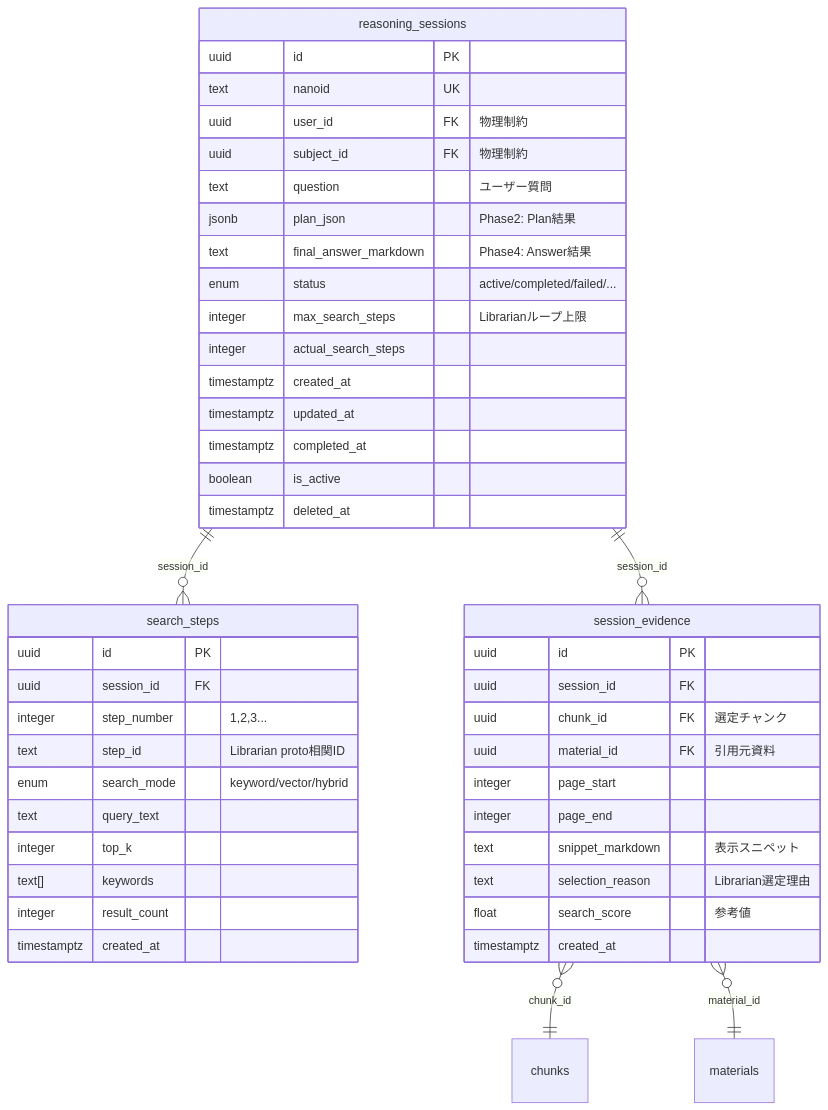
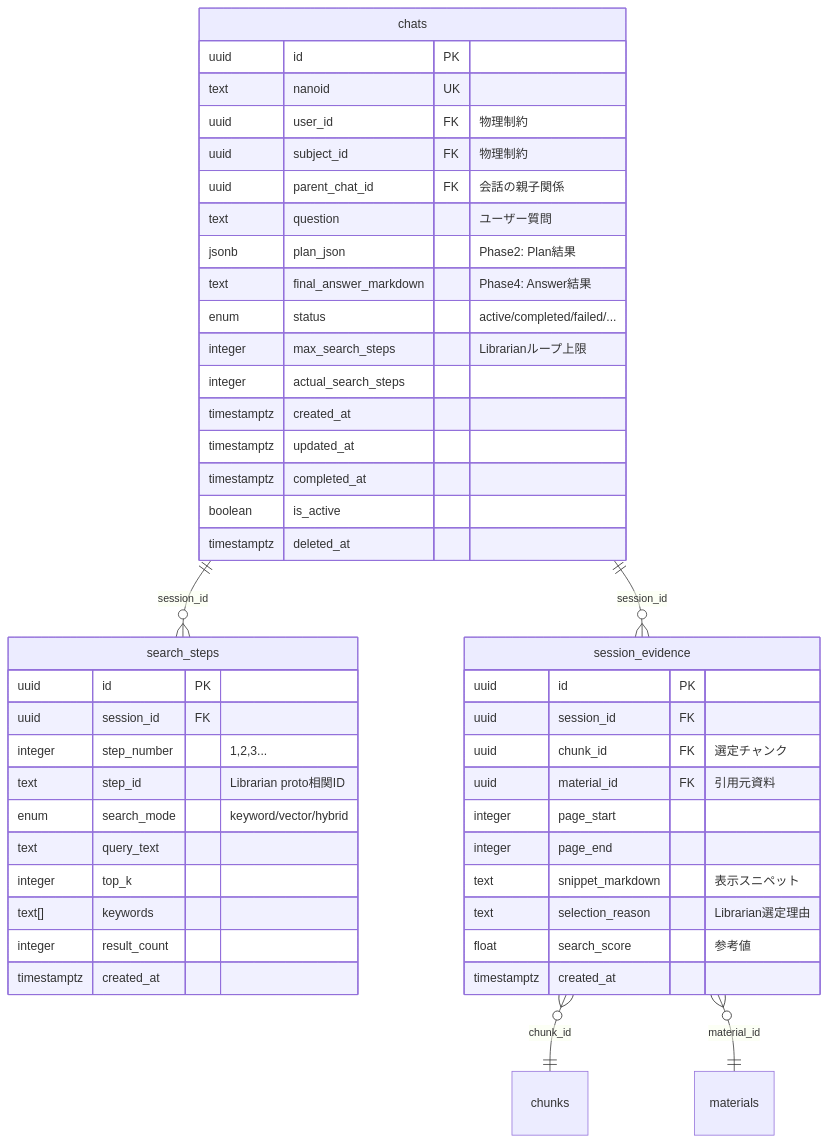
One commit to ttokunaga-ja/eduanimaR changed the fourth of 11 diagrams in eduanimaR_Professor/docs/01_architecture/DB_SCHEMA_ERD.md. Above: the diagram before and after it, drawn with Mermaid. The commit also changed other lines of this file and 4 other files, not shown here.

````diff
--- a/eduanimaR_Professor/docs/01_architecture/DB_SCHEMA_ERD.md
+++ b/eduanimaR_Professor/docs/01_architecture/DB_SCHEMA_ERD.md
@@ -167,51 +169,52 @@
 ```mermaid
 erDiagram
-    reasoning_sessions {
+    chats {
         uuid id PK
         text nanoid UK
         uuid user_id FK "物理制約"
         uuid subject_id FK "物理制約"
+        uuid parent_chat_id FK "会話の親子関係"
         text question "ユーザー質問"
         jsonb plan_json "Phase2: Plan結果"
         text final_answer_markdown "Phase4: Answer結果"
         enum status "active/completed/failed/..."
         integer max_search_steps "Librarianループ上限"
         integer actual_search_steps
         timestamptz created_at
         timestamptz updated_at
         timestamptz completed_at
         boolean is_active
         timestamptz deleted_at
     }
     
     search_steps {
         uuid id PK
         uuid session_id FK
         integer step_number "1,2,3..."
         text step_id "Librarian proto相関ID"
         enum search_mode "keyword/vector/hybrid"
         text query_text
         integer top_k
         text[] keywords
         integer result_count
         timestamptz created_at
     }
     
     session_evidence {
         uuid id PK
         uuid session_id FK
         uuid chunk_id FK "選定チャンク"
         uuid material_id FK "引用元資料"
         integer page_start
         integer page_end
         text snippet_markdown "表示スニペット"
         text selection_reason "Librarian選定理由"
         float search_score "参考値"
         timestamptz created_at
     }
     
-    reasoning_sessions ||--o{ search_steps : "session_id"
-    reasoning_sessions ||--o{ session_evidence : "session_id"
+    chats ||--o{ search_steps : "session_id"
+    chats ||--o{ session_evidence : "session_id"
     session_evidence }o--|| chunks : "chunk_id"
     session_evidence }o--|| materials : "material_id"
 ```
````
